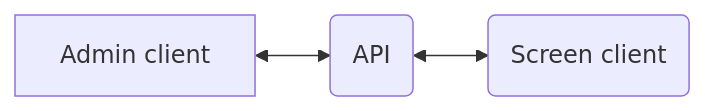
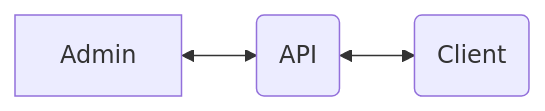
The first of 3 diagrams in README.md (bibsdb/display-docs), drawn with Mermaid before and after one commit. The commit also changed other lines of this file, not shown here.

Commit message:
AR-631: Moved documentation from admin to docs

````diff
--- a/README.md
+++ b/README.md
@@ -5,5 +5,5 @@
 ```mermaid
 flowchart LR
-    A[Admin client] <-->B(API)
-    B <--> C(Screen client)
+    A[Admin] <-->B(API)
+    B <--> C(Client)
 ```
````
